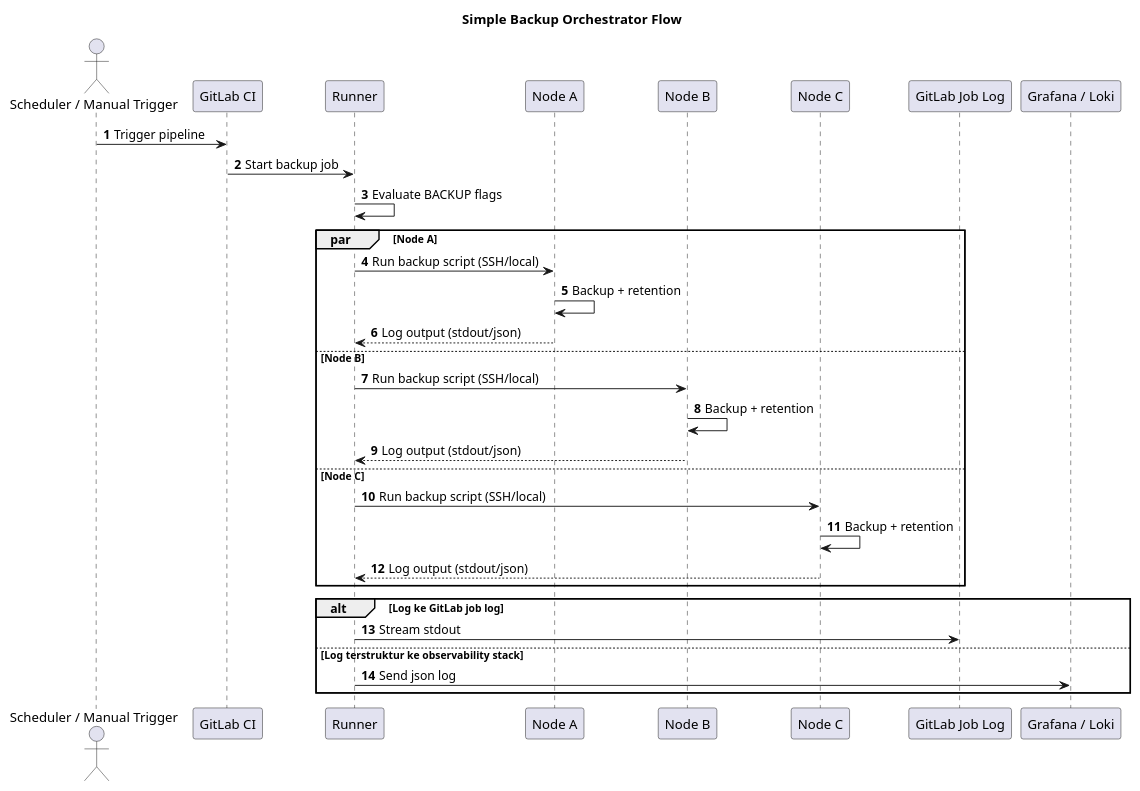
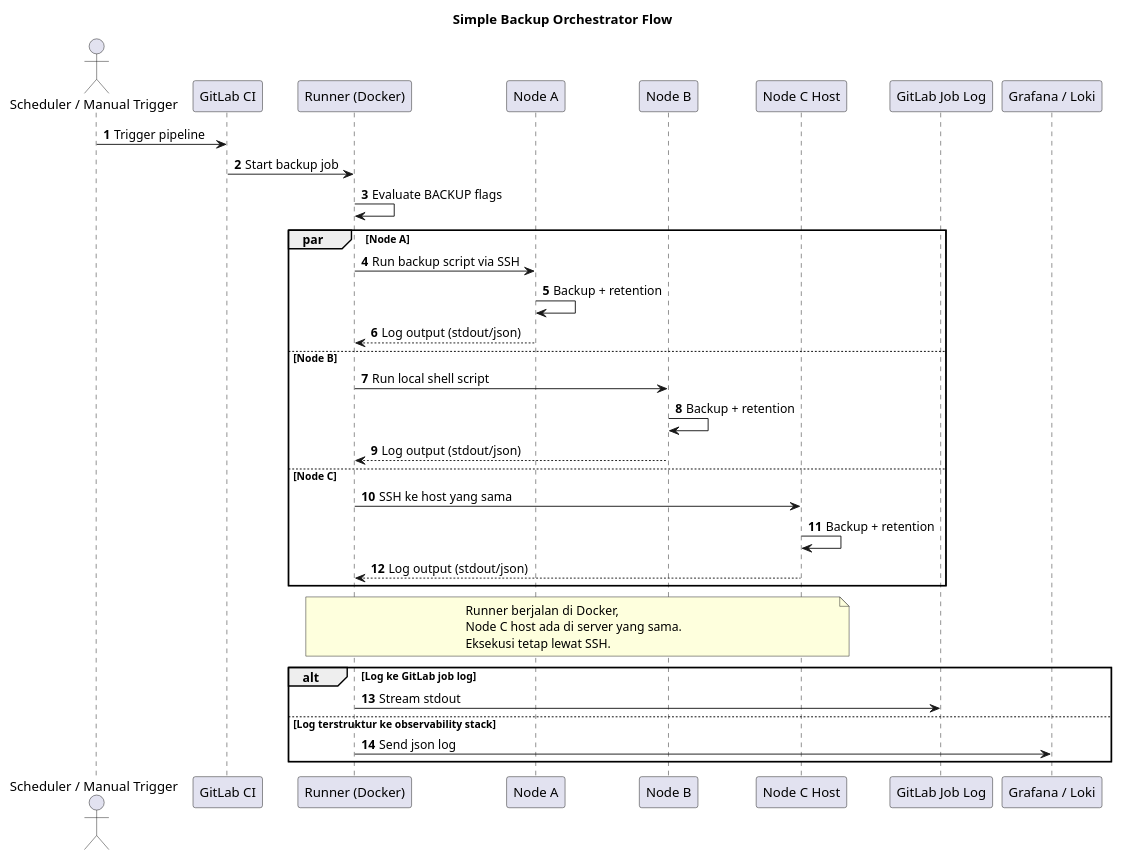
The diagram in content/blog/technical-blog-backup-orchestrator/images/diagram-backup-orchestrator.puml (rohimoz28/rohimoz28-blog), drawn with PlantUML before and after one commit. The commit also changed 1 other file, not shown here.

Commit message:
docs(content): clarify Node C backup flow via Docker runner SSH

```diff
--- a/content/blog/technical-blog-backup-orchestrator/images/diagram-backup-orchestrator.puml
+++ b/content/blog/technical-blog-backup-orchestrator/images/diagram-backup-orchestrator.puml
@@ -1,38 +1,44 @@
 @startuml
 
 title Simple Backup Orchestrator Flow
 autonumber
 
 actor "Scheduler / Manual Trigger" as Trigger
 participant "GitLab CI" as CI
-participant "Runner" as R
+participant "Runner (Docker)" as R
 participant "Node A" as A
 participant "Node B" as B
-participant "Node C" as C
+participant "Node C Host" as C
 participant "GitLab Job Log" as JL
 participant "Grafana / Loki" as G
 
 Trigger -> CI: Trigger pipeline
 CI -> R: Start backup job
 R -> R: Evaluate BACKUP flags
 
 par Node A
-  R -> A: Run backup script (SSH/local)
+  R -> A: Run backup script via SSH
   A -> A: Backup + retention
   A --> R: Log output (stdout/json)
 else Node B
-  R -> B: Run backup script (SSH/local)
+  R -> B: Run local shell script
   B -> B: Backup + retention
   B --> R: Log output (stdout/json)
 else Node C
-  R -> C: Run backup script (SSH/local)
+  R -> C: SSH ke host yang sama
   C -> C: Backup + retention
   C --> R: Log output (stdout/json)
 end
+
+note over R,C
+Runner berjalan di Docker,
+Node C host ada di server yang sama.
+Eksekusi tetap lewat SSH.
+end note
 
 alt Log ke GitLab job log
   R -> JL: Stream stdout
 else Log terstruktur ke observability stack
   R -> G: Send json log
 end
 @enduml
```
